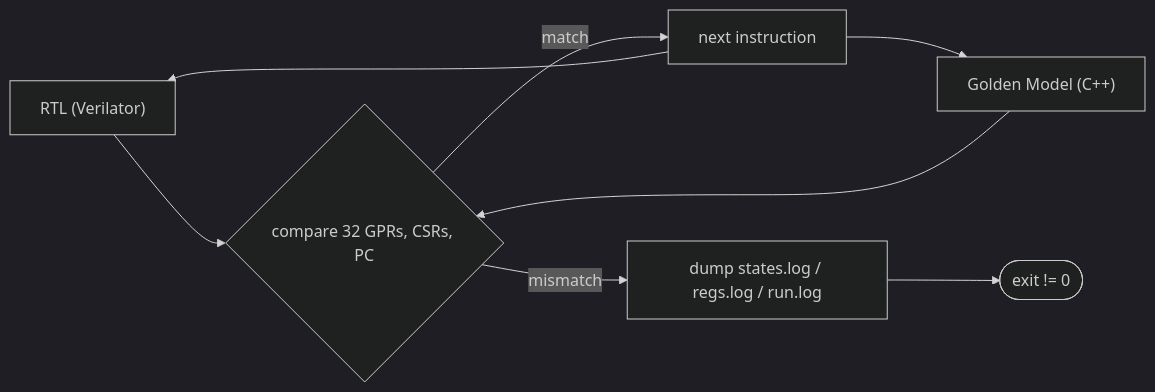
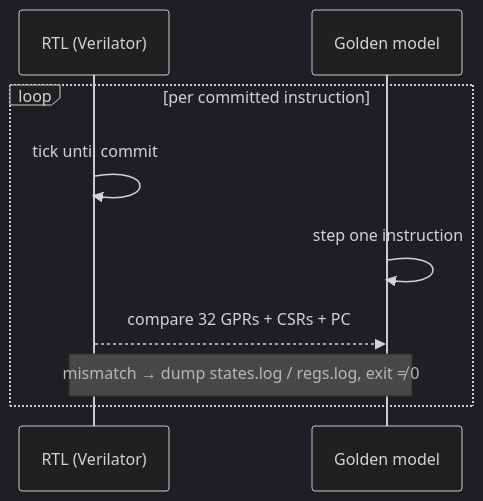
The second of 2 diagrams in README.md (HirunaVishwamith/Chiron), drawn with Mermaid (dark theme) before and after one commit.

````diff
--- a/README.md
+++ b/README.md
@@ -193,10 +193,11 @@
 ```mermaid
-flowchart LR
-    RTL["RTL (Verilator)"] --> CMP{"compare 32 GPRs, CSRs, PC"}
-    GM["Golden Model (C++)"] --> CMP
-    CMP -- match --> NEXT[next instruction]
-    NEXT --> RTL
-    NEXT --> GM
-    CMP -- mismatch --> DUMP["dump states.log / regs.log / run.log"]
-    DUMP --> FAIL([exit != 0])
+sequenceDiagram
+    participant R as RTL (Verilator)
+    participant G as Golden model
+    loop per committed instruction
+        R->>R: tick until commit
+        G->>G: step one instruction
+        R-->>G: compare 32 GPRs + CSRs + PC
+        Note over R,G: mismatch → dump states.log / regs.log, exit ≠ 0
+    end
 ```
````
